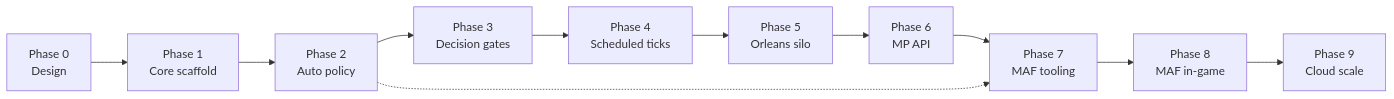
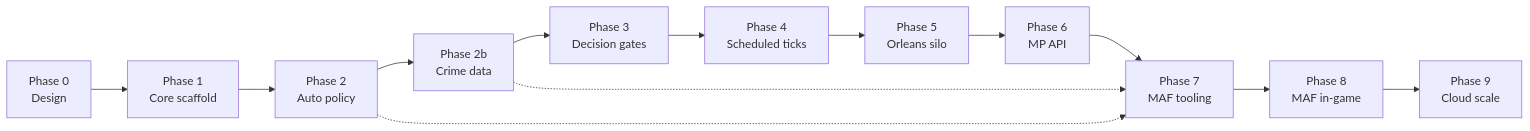
One commit to PiotrZak/From-Stone-to-Ascension changed the diagram in implementation-plan.md. Above: the diagram before and after it, drawn with Mermaid. The commit also changed other lines of this file and 24 other files, not shown here.

````diff
--- a/implementation-plan.md
+++ b/implementation-plan.md
@@ -32,14 +47,16 @@
 ```mermaid
 flowchart LR
     P0[Phase 0<br/>Design] --> P1[Phase 1<br/>Core scaffold]
     P1 --> P2[Phase 2<br/>Auto policy]
-    P2 --> P3[Phase 3<br/>Decision gates]
+    P2 --> P2b[Phase 2b<br/>Crime data]
+    P2b --> P3[Phase 3<br/>Decision gates]
     P3 --> P4[Phase 4<br/>Scheduled ticks]
     P4 --> P5[Phase 5<br/>Orleans silo]
     P5 --> P6[Phase 6<br/>MP API]
     P6 --> P7[Phase 7<br/>MAF tooling]
     P7 --> P8[Phase 8<br/>MAF in-game]
     P8 --> P9[Phase 9<br/>Cloud scale]
 
     P2 -.-> P7
+    P2b -.-> P7
 ```
````
